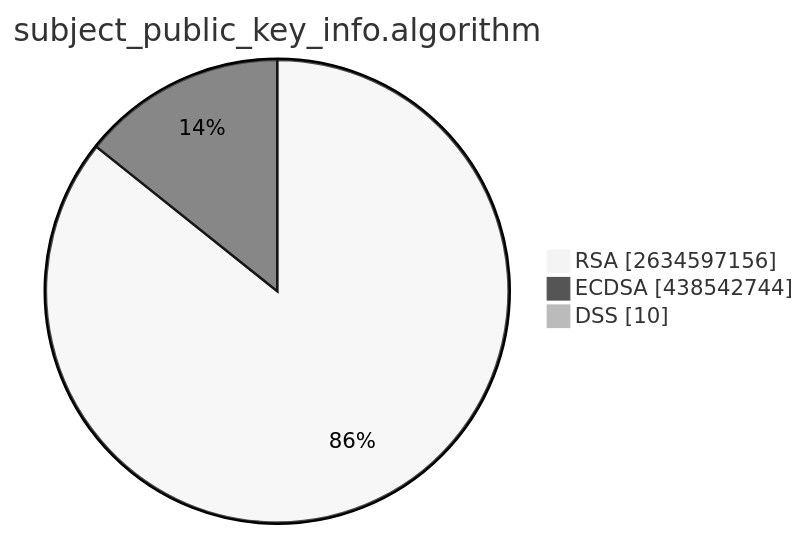
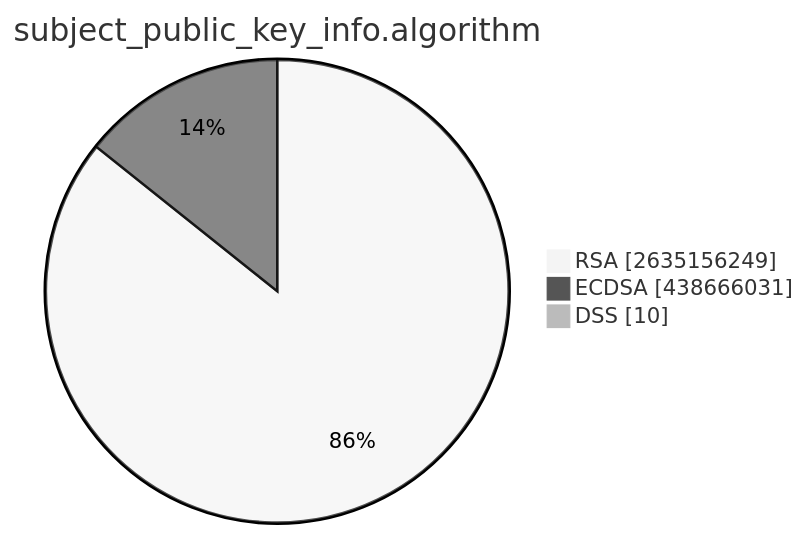
The second of 15 diagrams in TOTAL/README.md (christiankrug/ctmonitor_visualization), drawn with Mermaid (neutral theme) before and after one commit. The commit also changed other lines of this file, not shown here.

````diff
--- a/TOTAL/README.md
+++ b/TOTAL/README.md
@@ -6,7 +6,7 @@
 ```mermaid
 pie showData
 title subject_public_key_info.algorithm
-"RSA" :2634597156
-"ECDSA" :438542744
+"RSA" :2635156249
+"ECDSA" :438666031
 "DSS" :10
 ```
````
